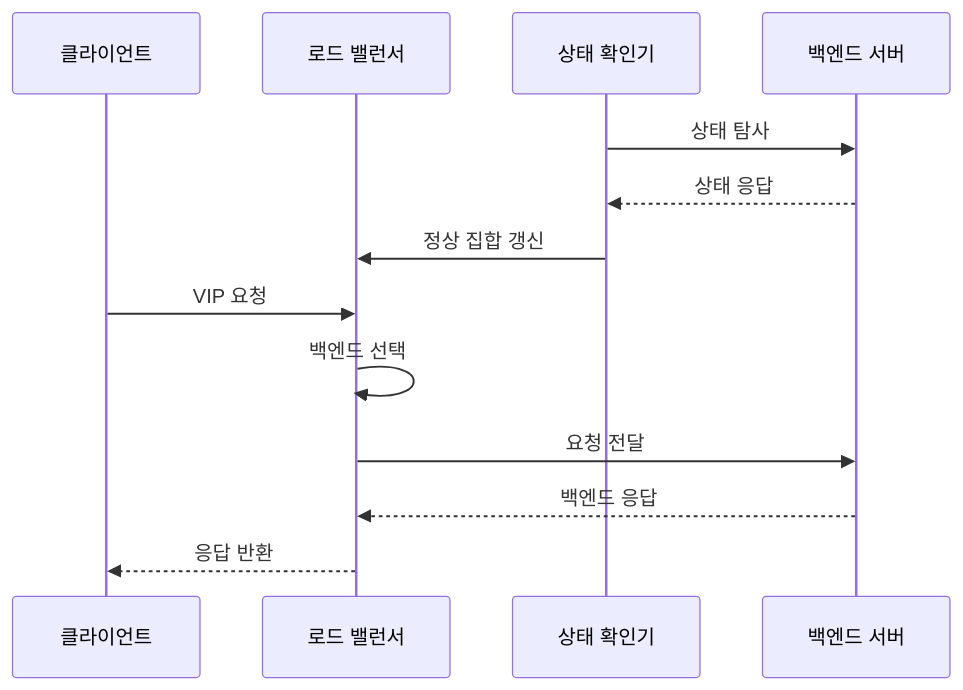
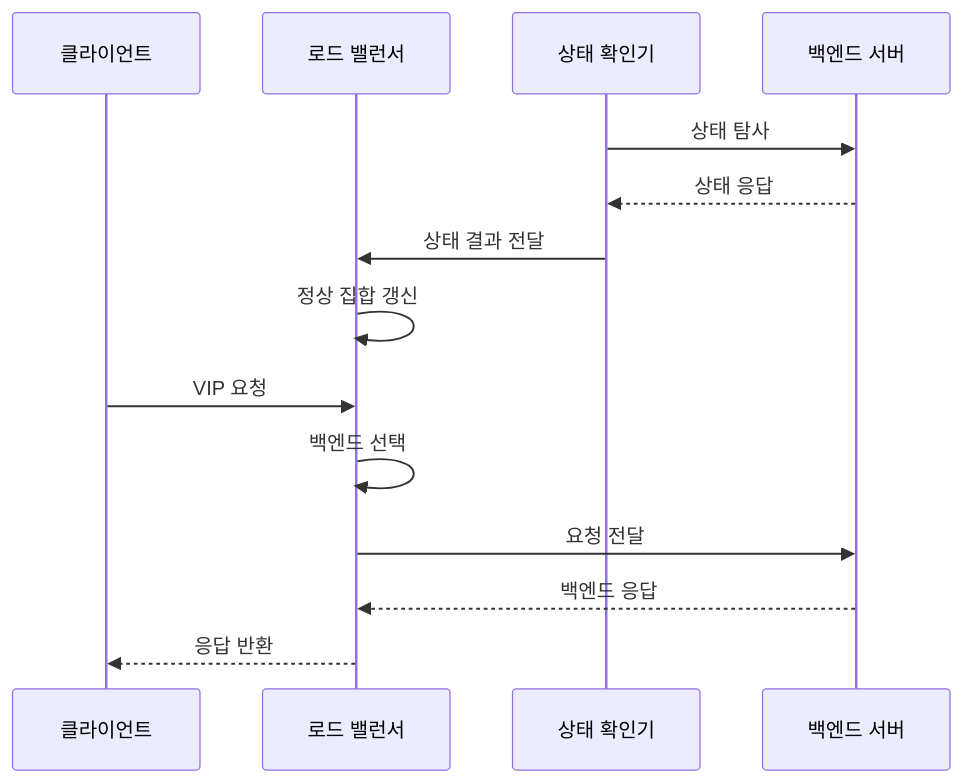
The second of 2 diagrams in src/content/docs/notes/04-network/019_load_balancer_l4_l7.md (agnusdei1207/knowledge-base), drawn with Mermaid before and after one commit. The commit also changed other lines of this file and 27 other files, not shown here.

````diff
--- a/src/content/docs/notes/04-network/019_load_balancer_l4_l7.md
+++ b/src/content/docs/notes/04-network/019_load_balancer_l4_l7.md
@@ -84,15 +84,16 @@
 ```mermaid
 sequenceDiagram
     participant C as 클라이언트
     participant L as 로드 밸런서
     participant H as 상태 확인기
     participant S as 백엔드 서버
     H->>S: 상태 탐사
     S-->>H: 상태 응답
-    H->>L: 정상 집합 갱신
+    H->>L: 상태 결과 전달
+    L->>L: 정상 집합 갱신
     C->>L: VIP 요청
     L->>L: 백엔드 선택
     L->>S: 요청 전달
     S-->>L: 백엔드 응답
     L-->>C: 응답 반환
 ```
````
